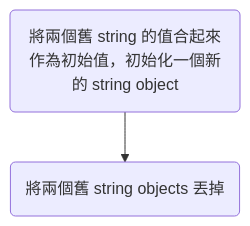
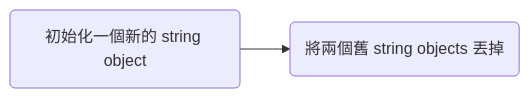
Before and after one commit to bingyangchen/KM-software: the diagram in Programming Language/Mutable String & Immutable String.md, drawn with Mermaid. The commit also changed other lines of this file and 61 other files, not shown here.

````diff
--- a/Programming Language/Mutable String & Immutable String.md
+++ b/Programming Language/Mutable String & Immutable String.md
@@ -54,6 +54,6 @@
 ```mermaid
-flowchart TD
-    id1("將兩個舊 string 的值合起來作為初始值，初始化一個新的 string object")
+flowchart LR
+    id1("初始化一個新的 string object")
     id2(將兩個舊 string objects 丟掉)
     id1-->id2
 ```
````
